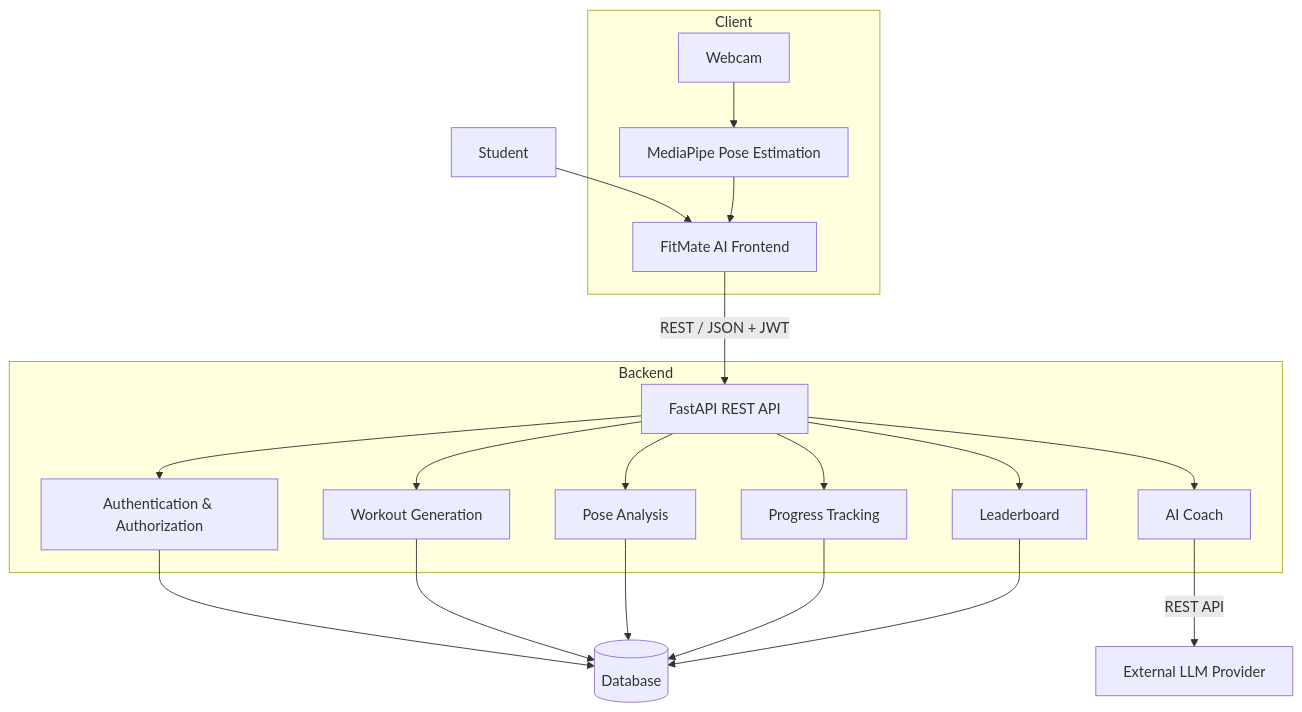
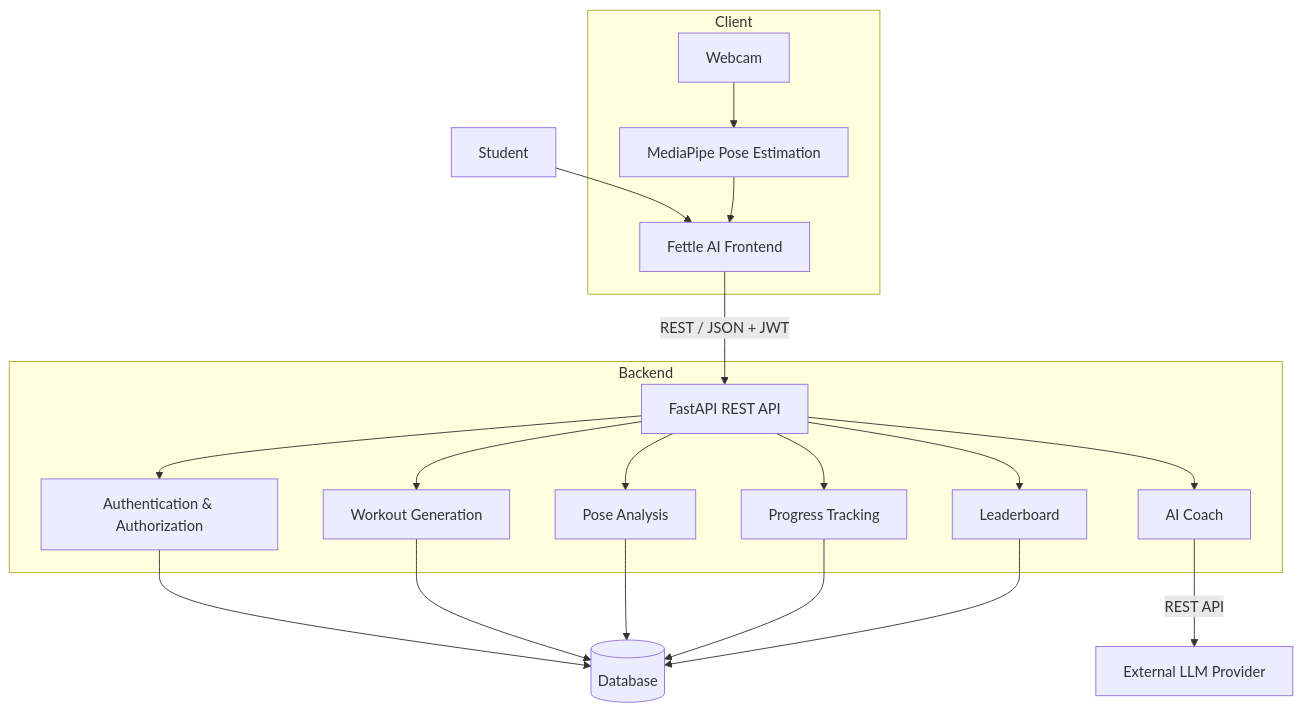
One commit to pranaypadaliya11-maker/hack9sept changed the second of 9 diagrams in SystemArchitecture.md. Above: the diagram before and after it, drawn with Mermaid. The commit also changed other lines of this file, not shown here.

Commit message:
Rename FitMate AI to Fettle AI in documentation

````diff
--- a/SystemArchitecture.md
+++ b/SystemArchitecture.md
@@ -115,48 +115,48 @@
 ```mermaid
 flowchart TB
 
     STUDENT["Student"]
 
     subgraph CLIENT["Client"]
-        FRONTEND["FitMate AI Frontend"]
+        FRONTEND["Fettle AI Frontend"]
         WEBCAM["Webcam"]
         MEDIAPIPE["MediaPipe Pose Estimation"]
     end
 
     subgraph BACKEND["Backend"]
         API["FastAPI REST API"]
 
         AUTH["Authentication & Authorization"]
         WORKOUT["Workout Generation"]
         POSE["Pose Analysis"]
         PROGRESS["Progress Tracking"]
         LEADERBOARD["Leaderboard"]
         COACH["AI Coach"]
     end
 
     DATABASE[("Database")]
 
     LLM["External LLM Provider"]
 
     STUDENT --> FRONTEND
 
     WEBCAM --> MEDIAPIPE
     MEDIAPIPE --> FRONTEND
 
     FRONTEND -->|"REST / JSON + JWT"| API
 
     API --> AUTH
     API --> WORKOUT
     API --> POSE
     API --> PROGRESS
     API --> LEADERBOARD
     API --> COACH
 
     AUTH --> DATABASE
     WORKOUT --> DATABASE
     POSE --> DATABASE
     PROGRESS --> DATABASE
     LEADERBOARD --> DATABASE
 
     COACH -->|"REST API"| LLM
 ```
````
